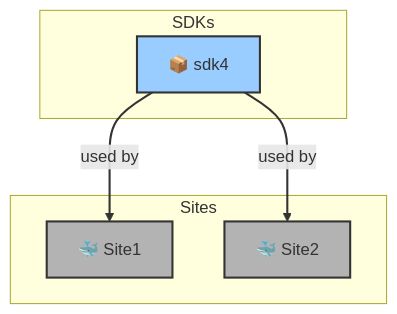
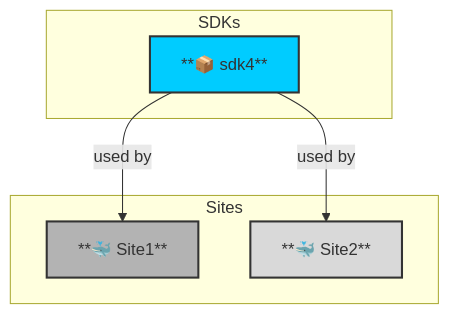
One commit to tavisca-gkochar/gkochar-tavisca.com changed the third of 3 diagrams in testdependency.md. Above: the diagram before and after it, drawn with Mermaid. The commit also changed other lines of this file, not shown here.

````diff
--- a/testdependency.md
+++ b/testdependency.md
@@ -89,23 +100,22 @@
 ```mermaid
 graph TD;
     %% Define subgraph SDKs
     subgraph SDKs
-        L4[📦 sdk4]
+        L4[**📦 sdk4**]
     end
 
     subgraph Sites
-        S1[🐳 Site1]
-        S2[🐳 Site2]
+        S1[**🐳 Site1**]
+        S2[**🐳 Site2**]
     end
 
     %% Define relationships
     L4 -->|used by| S1;
     L4 -->|used by| S2;
 
-    %% Styling nodes and edges
-    classDef sdk fill:#9cf,stroke:#333,stroke-width:2px;
-    classDef site fill:#b3b3b3,stroke:#333,stroke-width:2px;
-    class L4 sdk;
-    class S1,S2 site;
-    linkStyle default stroke:#333,stroke-width:2px;
+    %% Adding styles and theming
+    style L4 fill:#0cf,stroke:#333,stroke-width:2px;
+
+    style S1 fill:#b3b3b3,stroke:#333,stroke-width:2px;
+    style S2 fill:#d9d9d9,stroke:#333,stroke-width:2px;
 ```
````
